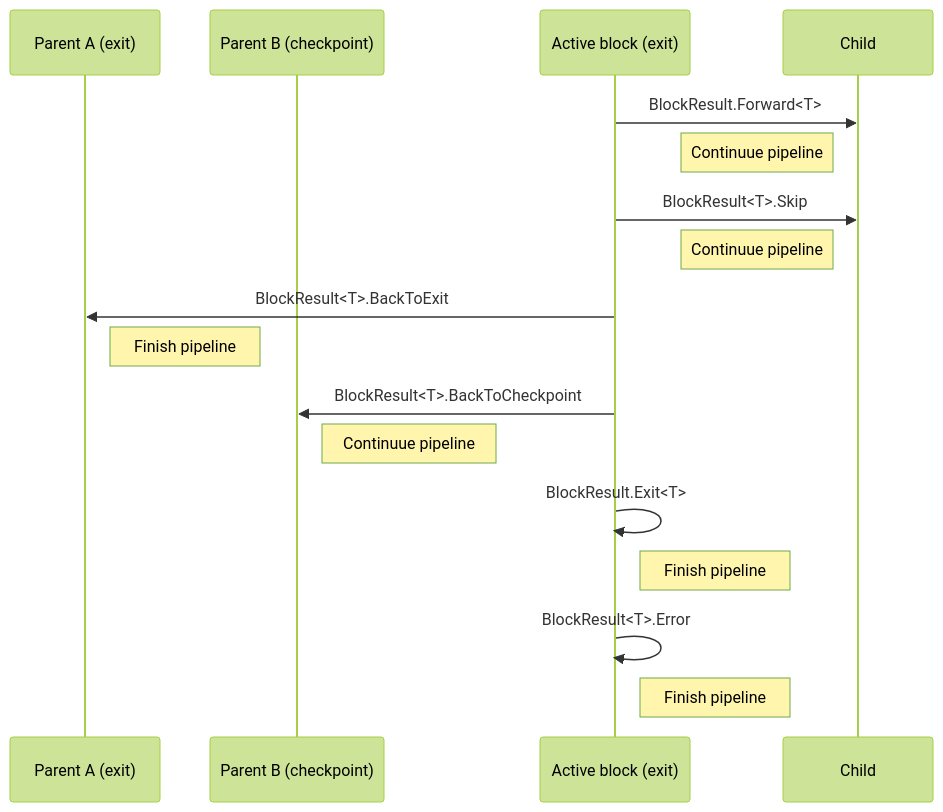
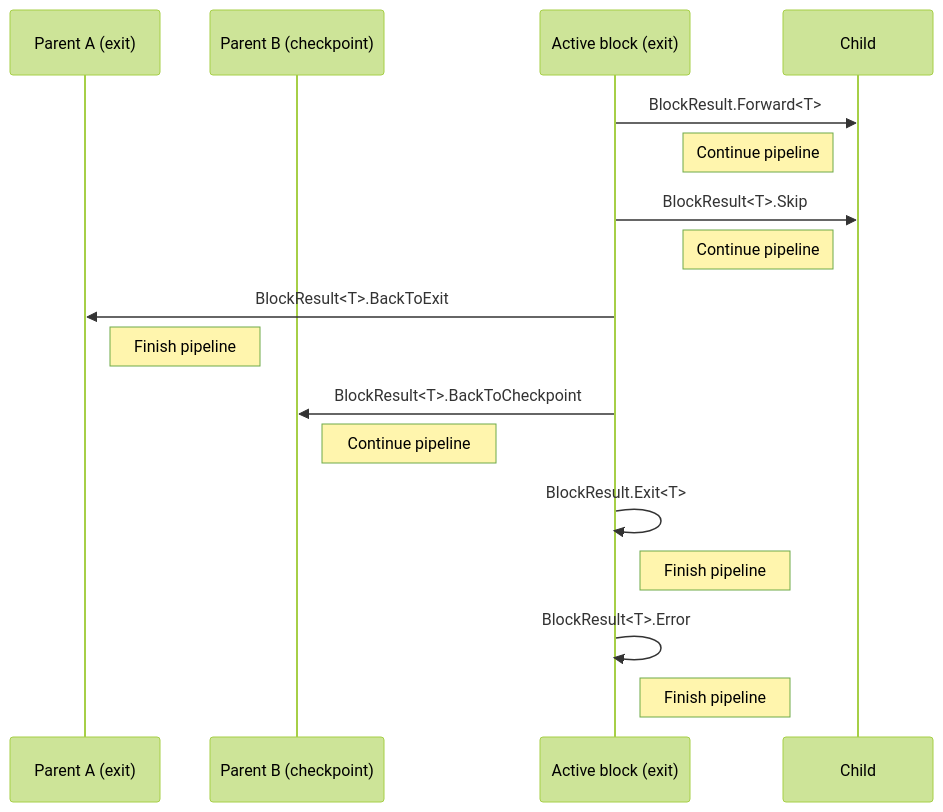
Before and after one commit to danielklecha/PipelineBlocks: the diagram in README.md, drawn with Mermaid (forest theme). The commit also changed other lines of this file, not shown here.

````diff
--- a/README.md
+++ b/README.md
@@ -55,19 +28,19 @@
 ```mermaid
 sequenceDiagram
 participant PA as Parent A (exit)
 participant PB as Parent B (checkpoint)
 participant A as Active block (exit)
 participant CA as Child
 A ->> CA: BlockResult.Forward<T>
-Note left of CA: Continuue pipeline
+Note left of CA: Continue pipeline
 A ->> CA: BlockResult<T>.Skip
-Note left of CA: Continuue pipeline
+Note left of CA: Continue pipeline
 A ->> PA: BlockResult<T>.BackToExit
 Note right of PA: Finish pipeline
 A ->> PB: BlockResult<T>.BackToCheckpoint
-Note right of PB: Continuue pipeline
+Note right of PB: Continue pipeline
 A ->> A: BlockResult.Exit<T>
 Note right of A: Finish pipeline
 A ->> A: BlockResult<T>.Error
 Note right of A: Finish pipeline
 ```
````
